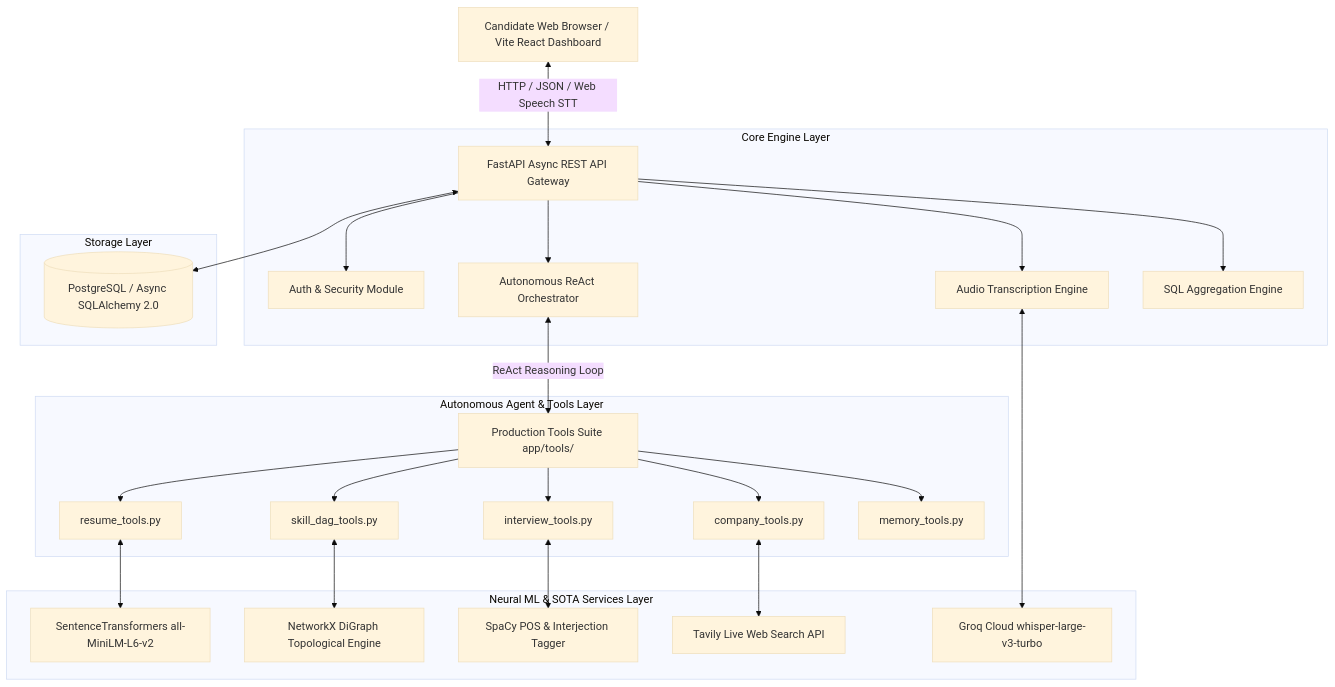
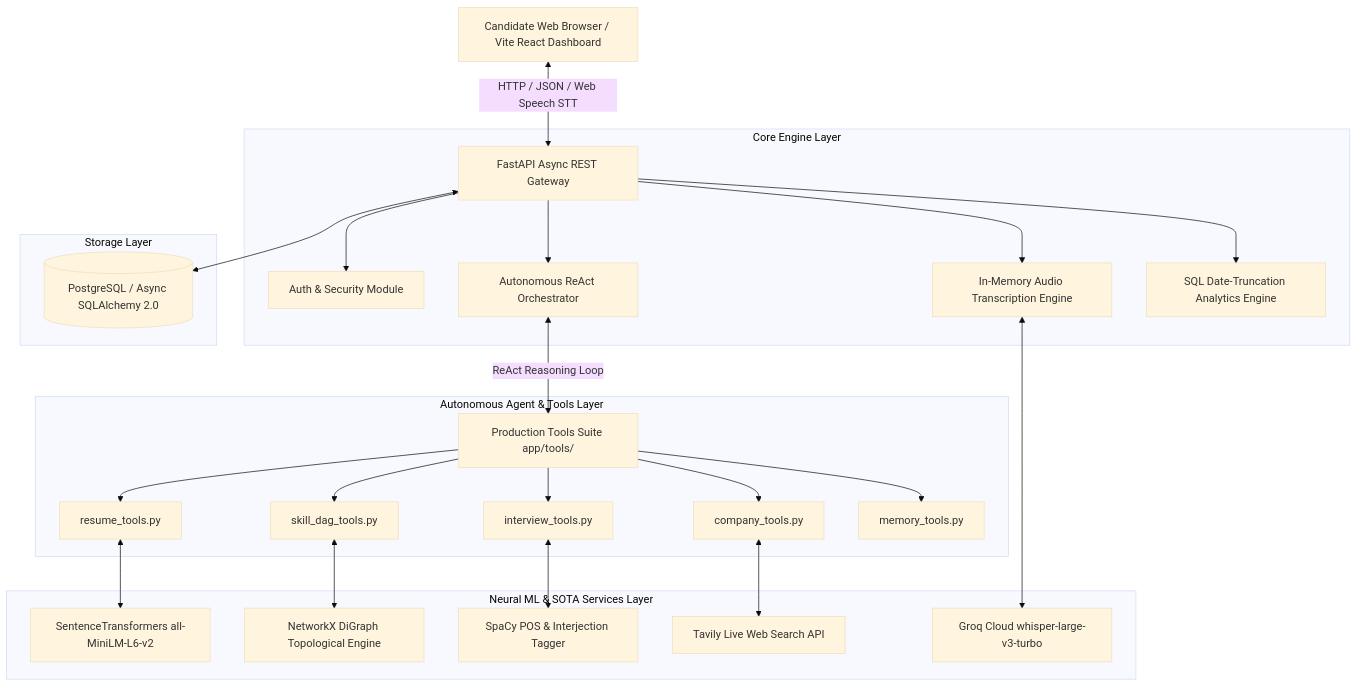
One commit to PavanKalyan1430/A.C.E.-Autonomous-Career-Intelligence-Engine changed the first of 3 diagrams in README.md. Above: the diagram before and after it, drawn with Mermaid (base theme). The commit also changed other lines of this file, not shown here.

Commit message:
docs: complete 11-section master production README with full services, tools, API latencies, and DB schemas

````diff
--- a/README.md
+++ b/README.md
@@ -66,32 +50,32 @@
 ```mermaid
 graph TD
-    Client[Candidate Web Browser / Vite React Dashboard] <-->|HTTP / JSON / Web Speech STT| FastAPI[FastAPI Async REST API Gateway]
-    
+    Client[Candidate Web Browser / Vite React Dashboard] <-->|HTTP / JSON / Web Speech STT| Gateway[FastAPI Async REST Gateway]
+
     subgraph Core Engine Layer
-        FastAPI --> Auth[Auth & Security Module]
-        FastAPI --> Agent[Autonomous ReAct Orchestrator]
-        FastAPI --> Audio[Audio Transcription Engine]
-        FastAPI --> Analytics[SQL Aggregation Engine]
+        Gateway --> Auth[Auth & Security Module]
+        Gateway --> Agent[Autonomous ReAct Orchestrator]
+        Gateway --> Audio[In-Memory Audio Transcription Engine]
+        Gateway --> Analytics[SQL Date-Truncation Analytics Engine]
     end
 
     subgraph Autonomous Agent & Tools Layer
         Agent <-->|ReAct Reasoning Loop| Tools[Production Tools Suite app/tools/]
         Tools --> ResumeTools[resume_tools.py]
         Tools --> SkillTools[skill_dag_tools.py]
         Tools --> CompanyTools[company_tools.py]
         Tools --> InterviewTools[interview_tools.py]
         Tools --> MemoryTools[memory_tools.py]
     end
 
     subgraph Neural ML & SOTA Services Layer
         ResumeTools <--> ST[SentenceTransformers all-MiniLM-L6-v2]
         SkillTools <--> NX[NetworkX DiGraph Topological Engine]
         InterviewTools <--> SpaCy[SpaCy POS & Interjection Tagger]
         CompanyTools <--> Tavily[Tavily Live Web Search API]
         Audio <--> Groq[Groq Cloud whisper-large-v3-turbo]
     end
 
     subgraph Storage Layer
-        FastAPI <--> DB[(PostgreSQL / Async SQLAlchemy 2.0)]
+        Gateway <--> DB[(PostgreSQL / Async SQLAlchemy 2.0)]
     end
 ```
````
